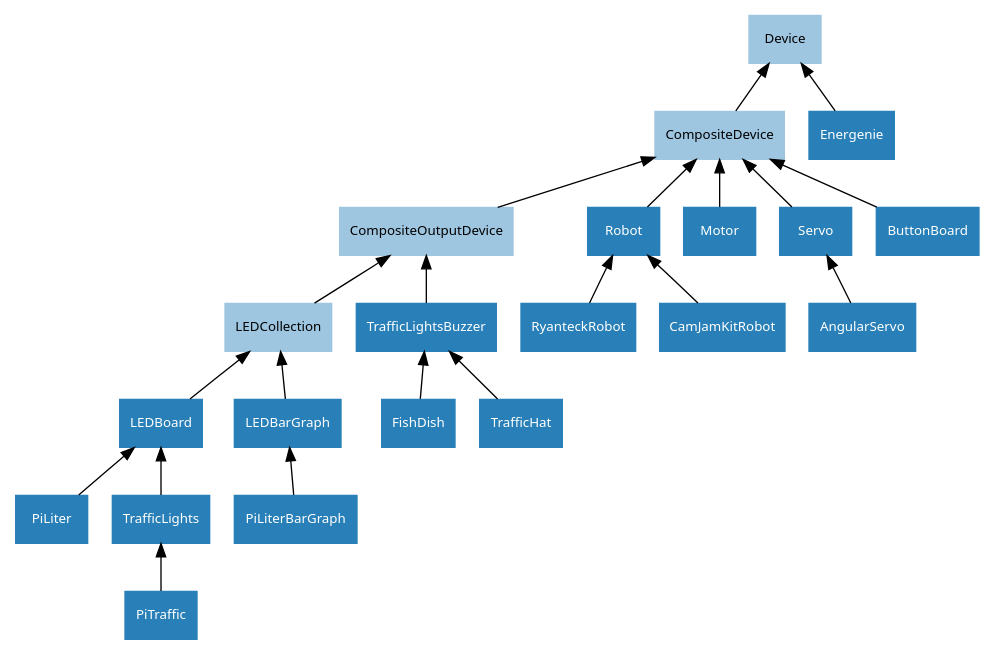
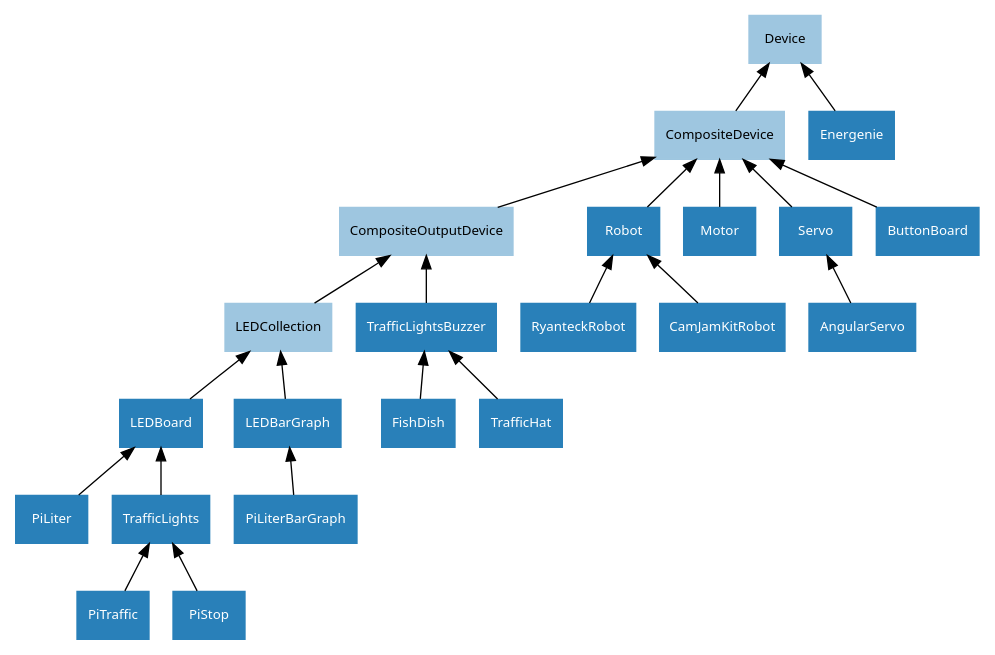
The diagram in docs/images/composite_device_hierarchy.dot (gpiozero/gpiozero), drawn with Graphviz before and after one commit. The commit also changed 7 other files, not shown here.

Commit message:
Add support for the Pi-Stop Traffic-light board

```diff
--- a/docs/images/composite_device_hierarchy.dot
+++ b/docs/images/composite_device_hierarchy.dot
@@ -1,39 +1,40 @@
 /* vim: set et sw=4 sts=4: */
 
 digraph classes {
     graph [rankdir=BT];
     node [shape=rect, style=filled, fontname=Sans, fontsize=10];
     edge [];
 
     /* Abstract classes */
     node [color="#9ec6e0", fontcolor="#000000"]
     Device;
     CompositeDevice;
     CompositeOutputDevice;
     LEDCollection;
 
     /* Concrete classes */
     node [color="#2980b9", fontcolor="#ffffff"];
     CompositeDevice->Device;
     CompositeOutputDevice->CompositeDevice;
     LEDCollection->CompositeOutputDevice;
 
     LEDBoard->LEDCollection;
     LEDBarGraph->LEDCollection;
 
     PiLiter->LEDBoard;
     PiLiterBarGraph->LEDBarGraph;
     TrafficLights->LEDBoard;
     PiTraffic->TrafficLights;
+    PiStop->TrafficLights;
     TrafficLightsBuzzer->CompositeOutputDevice;
     FishDish->TrafficLightsBuzzer;
     TrafficHat->TrafficLightsBuzzer;
     Robot->CompositeDevice;
     RyanteckRobot->Robot;
     CamJamKitRobot->Robot;
     Motor->CompositeDevice;
     Servo->CompositeDevice;
     AngularServo->Servo;
     Energenie->Device;
     ButtonBoard->CompositeDevice;
 }
```
